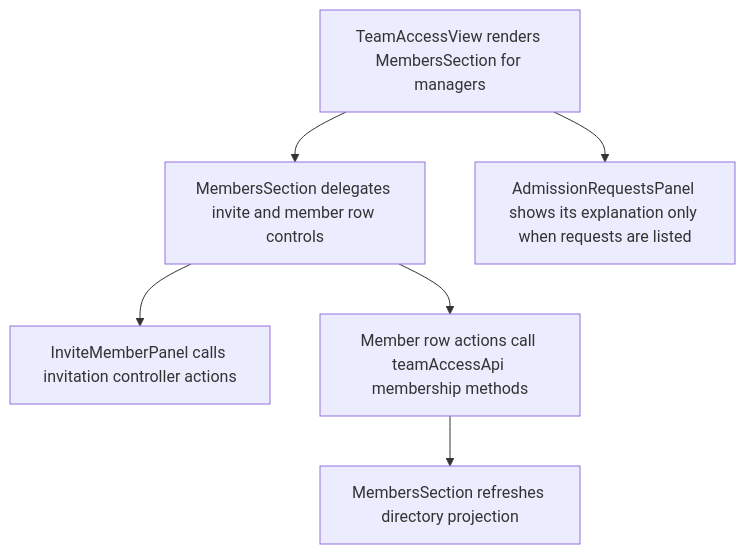
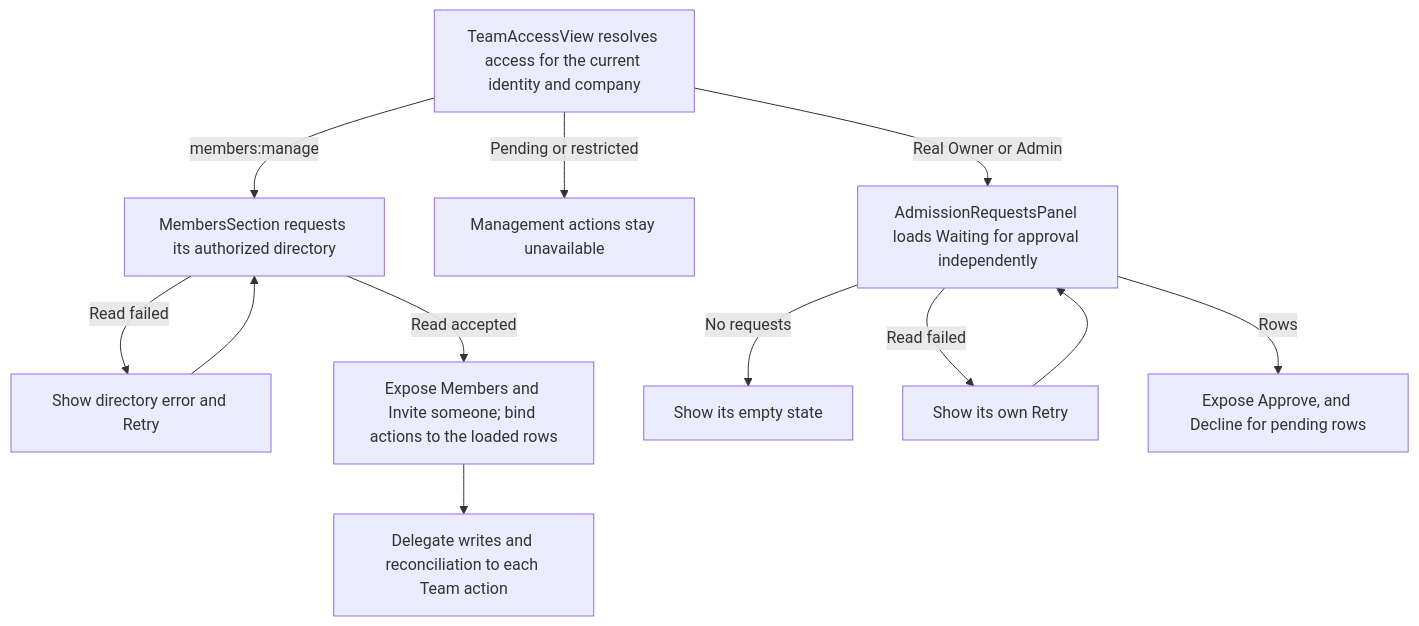
One commit to Kevinjohn/capacitylens changed the second of 2 diagrams in user-stories/settings/US-SET-10-member-management.md. Above: the diagram before and after it, drawn with Mermaid. The commit also changed other lines of this file and 172 other files, not shown here.

Commit message:
docs: reconcile user story code flows with source

````diff
--- a/user-stories/settings/US-SET-10-member-management.md
+++ b/user-stories/settings/US-SET-10-member-management.md
@@ -28,8 +28,14 @@
 ```mermaid
 flowchart TD
-  team["TeamAccessView renders MembersSection for managers"] --> section["MembersSection delegates invite and member row controls"]
-  team --> approval["AdmissionRequestsPanel shows its explanation only when requests are listed"]
-  section --> invite["InviteMemberPanel calls invitation controller actions"]
-  section --> member["Member row actions call teamAccessApi membership methods"]
-  member --> list["MembersSection refreshes directory projection"]
+  team["TeamAccessView resolves access for the current identity and company"] -->|members:manage| section["MembersSection requests its authorized directory"]
+  team -->|Pending or restricted| hidden["Management actions stay unavailable"]
+  section -->|Read failed| retry["Show directory error and Retry"]
+  retry --> section
+  section -->|Read accepted| rows["Expose Members and Invite someone; bind actions to the loaded rows"]
+  rows --> boundary["Delegate writes and reconciliation to each Team action"]
+  team -->|Real Owner or Admin| admission["AdmissionRequestsPanel loads Waiting for approval independently"]
+  admission -->|No requests| empty["Show its empty state"]
+  admission -->|Read failed| admissionError["Show its own Retry"]
+  admissionError --> admission
+  admission -->|Rows| decisions["Expose Approve, and Decline for pending rows"]
 ```
````
